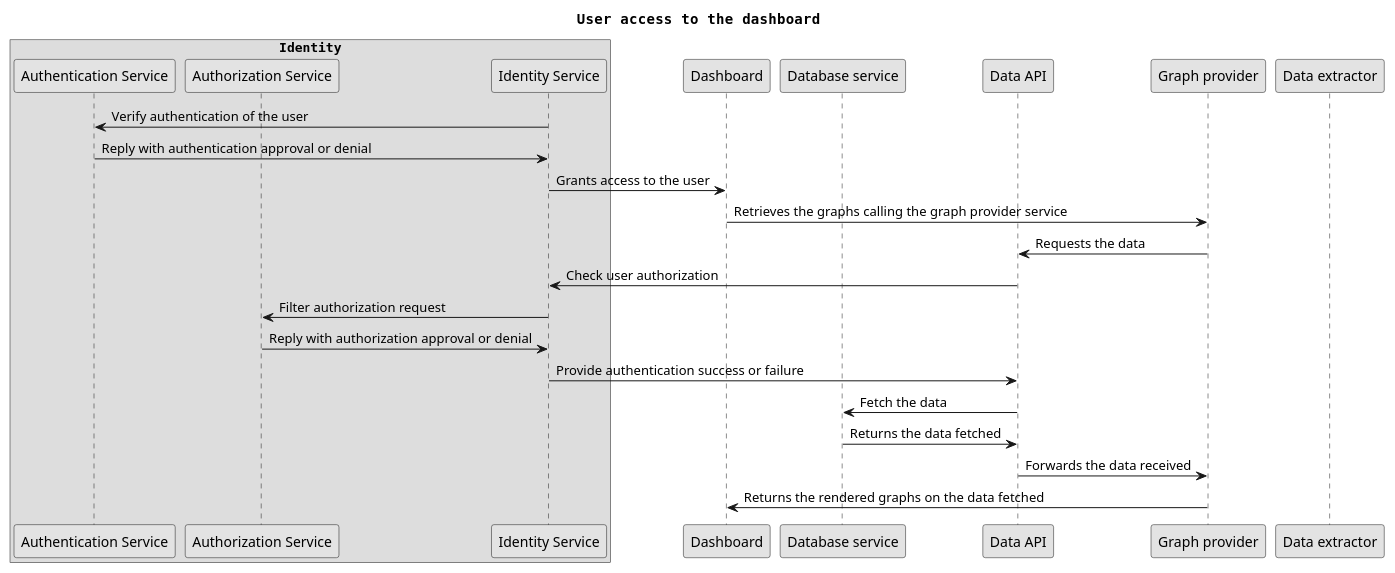
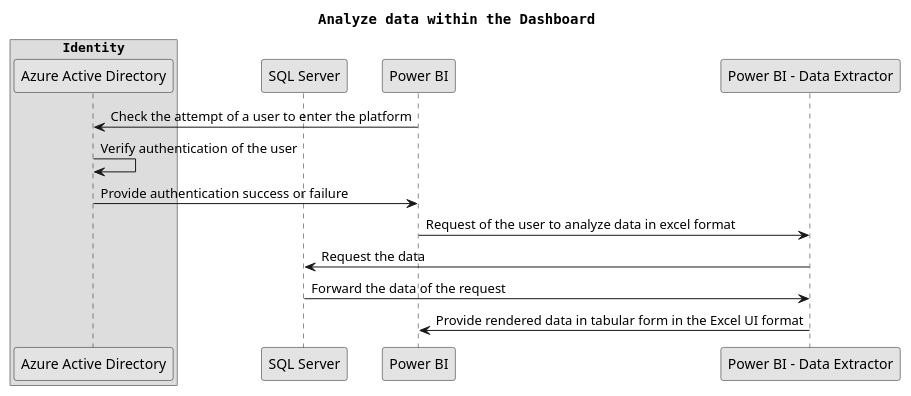
The diagram in src/sa/model/examples/bu_process_view_use_case_2.puml (USI-MSDE-SA-2022/software-architecture-model-Travad), drawn with PlantUML before and after one commit. The commit also changed 3 other files, not shown here.

```diff
--- a/src/sa/model/examples/bu_process_view_use_case_2.puml
+++ b/src/sa/model/examples/bu_process_view_use_case_2.puml
@@ -1,32 +1,36 @@
 @startuml
-title User access to the dashboard​
+title Analyze data within the Dashboard 
 
 box "Identity"
-participant "Authentication Service" as AUTHENTS
-participant "Authorization Service" as AUTHORS
-participant "Identity Service" as IS
+participant "Azure Active Directory" as AAD
 end box
-participant "Dashboard" as DS
-participant "Database service​" as DBS
-participant "Data API​" as DAPI
-participant "Graph provider​" as GP
-participant "Data extractor​​" as DE
+participant "SQL Server​" as SQLS
+participant "Power BI" as PBI
+' participant "ASP.NET API​" as DAPI
+participant "Power BI - Data Extractor​​" as PBIDE
 
-IS -> AUTHENTS: Verify authentication of the user
-AUTHENTS -> IS: Reply with authentication approval or denial 
-IS -> DS: Grants access to the user
-DS -> GP: Retrieves the graphs calling the graph provider service ​
-GP -> DAPI: Requests the data​
-DAPI -> IS: Check user authorization​
-IS -> AUTHORS: Filter authorization request
-AUTHORS -> IS: Reply with authorization approval or denial
-IS -> DAPI: Provide authentication success or failure
-DAPI -> DBS: Fetch the data​
-DBS -> DAPI: Returns the data fetched
-DAPI -> GP: Forwards the data received
-GP -> DS: Returns the rendered graphs on the data fetched​
+PBI -> AAD: Check the attempt of a user to enter the platform
+AAD -> AAD: Verify authentication of the user
+' AUTHENTS -> AAD: Reply with authentication approval or denial 
+AAD -> PBI: Provide authentication success or failure
+PBI -> PBIDE: Request of the user to analyze data in excel format
+PBIDE -> SQLS: Request the data
+SQLS -> PBIDE: Forward the data of the request
+PBIDE -> PBI: Provide rendered data in tabular form in the Excel UI format
+
+
+
+' DAPI -> AAD: Check user authorization​
+' ' AAD -> AUTHORS: Filter authorization request
+' AAD -> AAD: Verify authorization request for the user
+' ' AUTHORS -> AAD: Reply with authorization approval or denial
+' AAD -> DAPI: Provide authorization success or failure
+' DAPI -> SQLS: Fetch the data​
+' SQLS -> DAPI: Returns the data fetched
+' DAPI -> PBI: Forwards the data received
+' PBI -> PBI: Renders the graphs and display them to the user
 
 skinparam monochrome true
 skinparam shadowing false
 skinparam defaultFontName Courier
 @enduml
```
